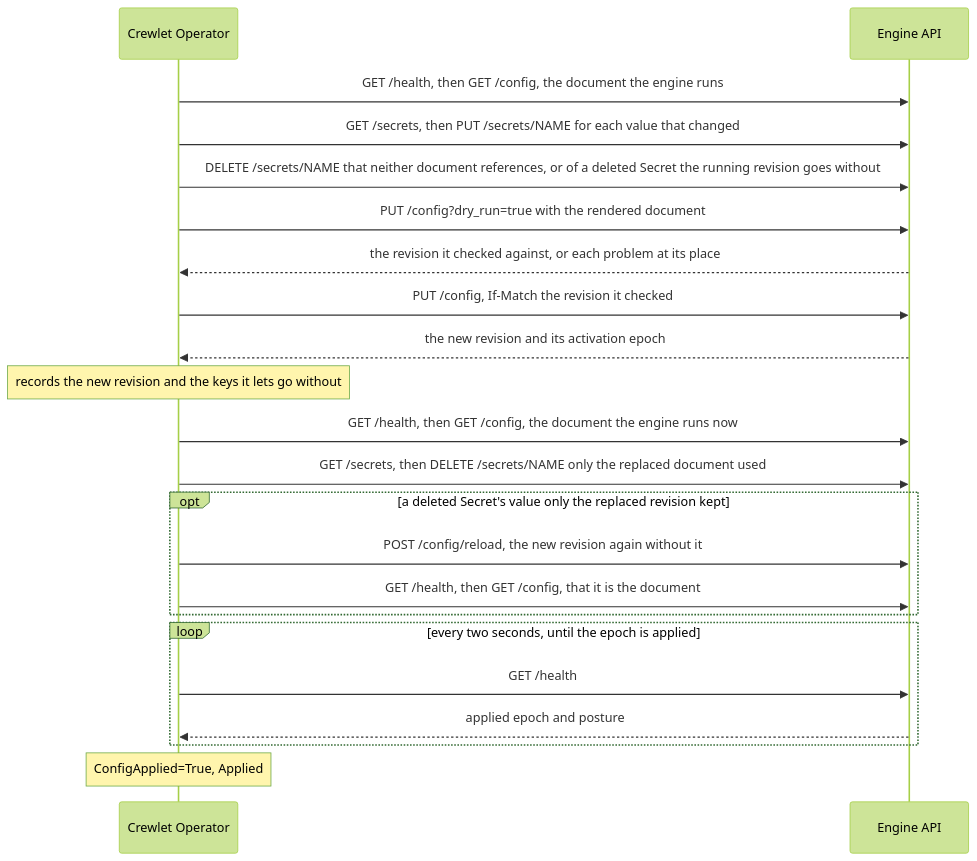
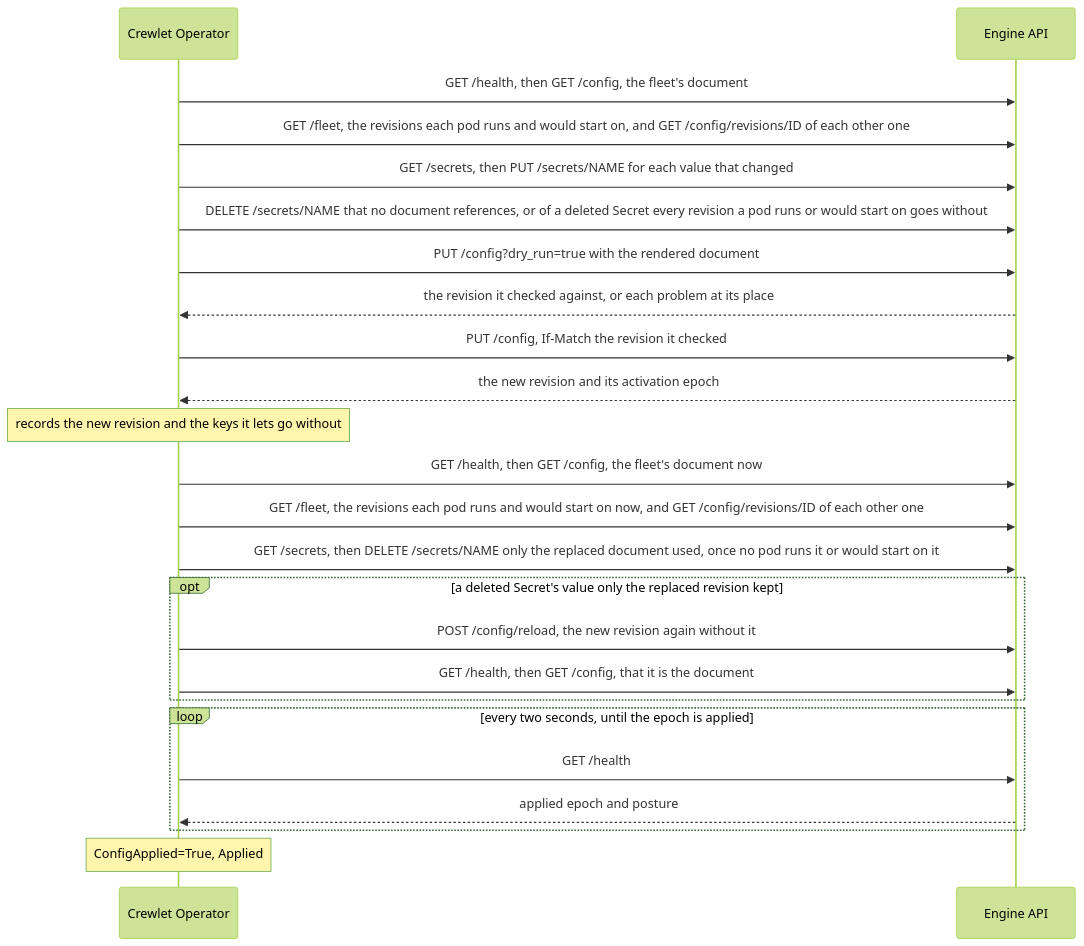
Before and after one commit to crewlet/crewlet-operator: the second of 2 diagrams in docs/concepts/applying.md, drawn with Mermaid (forest theme). The commit also changed other lines of this file and 16 other files, not shown here.

````diff
--- a/docs/concepts/applying.md
+++ b/docs/concepts/applying.md
@@ -191,24 +254,26 @@
 ```mermaid
 sequenceDiagram
     participant O as Crewlet Operator
     participant E as Engine API
-    O->>E: GET /health, then GET /config, the document the engine runs
+    O->>E: GET /health, then GET /config, the fleet's document
+    O->>E: GET /fleet, the revisions each pod runs and would start on, and GET /config/revisions/ID of each other one
     O->>E: GET /secrets, then PUT /secrets/NAME for each value that changed
-    O->>E: DELETE /secrets/NAME that neither document references, or of a deleted Secret the running revision goes without
+    O->>E: DELETE /secrets/NAME that no document references, or of a deleted Secret every revision a pod runs or would start on goes without
     O->>E: PUT /config?dry_run=true with the rendered document
     E-->>O: the revision it checked against, or each problem at its place
     O->>E: PUT /config, If-Match the revision it checked
     E-->>O: the new revision and its activation epoch
     Note over O: records the new revision and the keys it lets go without
-    O->>E: GET /health, then GET /config, the document the engine runs now
-    O->>E: GET /secrets, then DELETE /secrets/NAME only the replaced document used
+    O->>E: GET /health, then GET /config, the fleet's document now
+    O->>E: GET /fleet, the revisions each pod runs and would start on now, and GET /config/revisions/ID of each other one
+    O->>E: GET /secrets, then DELETE /secrets/NAME only the replaced document used, once no pod runs it or would start on it
     opt a deleted Secret's value only the replaced revision kept
         O->>E: POST /config/reload, the new revision again without it
         O->>E: GET /health, then GET /config, that it is the document
     end
     loop every two seconds, until the epoch is applied
         O->>E: GET /health
         E-->>O: applied epoch and posture
     end
     Note over O: ConfigApplied=True, Applied
 ```
````
